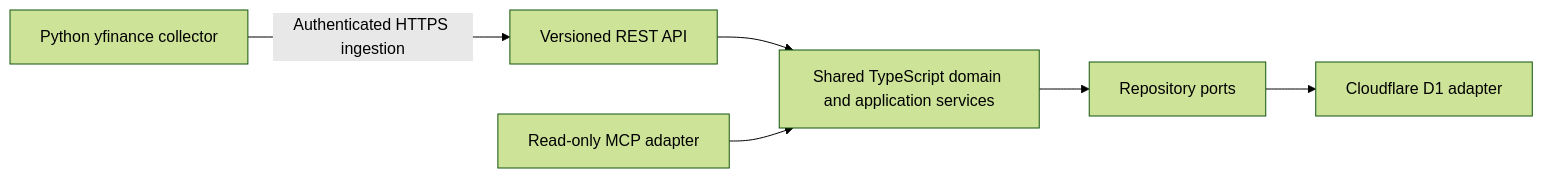
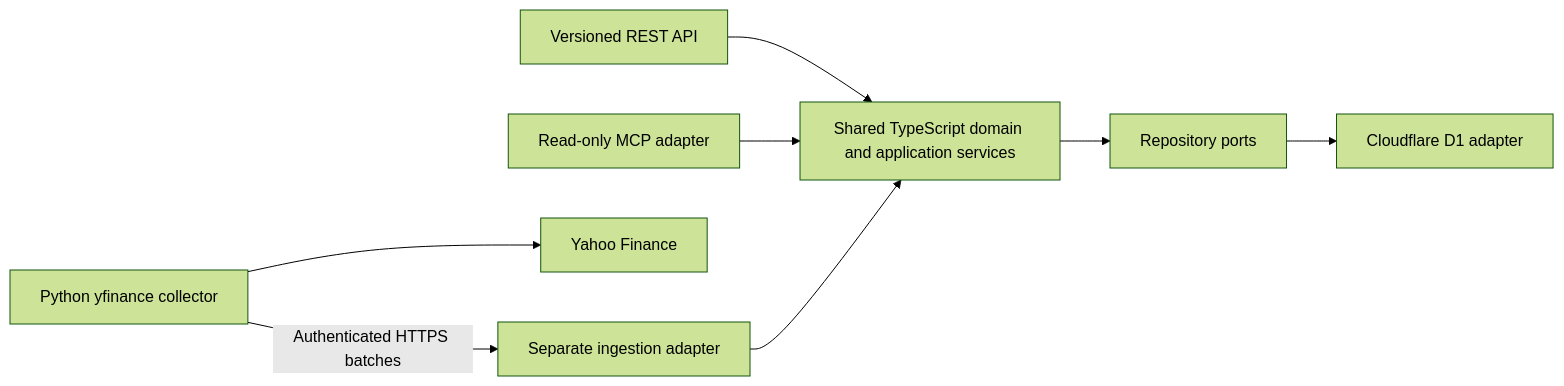
Before and after one commit to damienSavoldelli/pea-tracker: the diagram in README.md, drawn with Mermaid (forest theme). The commit also changed other lines of this file and 13 other files, not shown here.

Commit message:
docs: align PEA Tracker V1 state and V1.1 roadmap

````diff
--- a/README.md
+++ b/README.md
@@ -23,8 +24,10 @@
 ```mermaid
 flowchart LR
   REST[Versioned REST API] --> Services[Shared TypeScript domain and application services]
   MCP[Read-only MCP adapter] --> Services
   Services --> Ports[Repository ports]
   Ports --> D1[Cloudflare D1 adapter]
-  Collector[Python yfinance collector] -->|Authenticated HTTPS ingestion| REST
+  Collector[Python yfinance collector] --> Provider[Yahoo Finance]
+  Collector -->|Authenticated HTTPS batches| Ingestion[Separate ingestion adapter]
+  Ingestion --> Services
 ```
````
